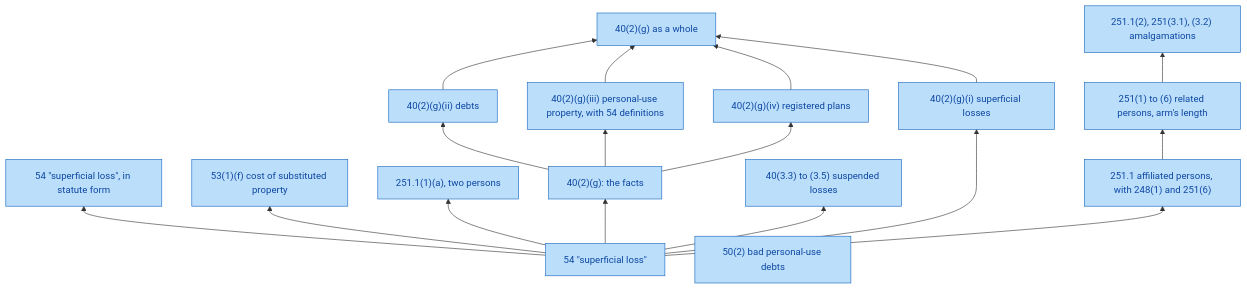
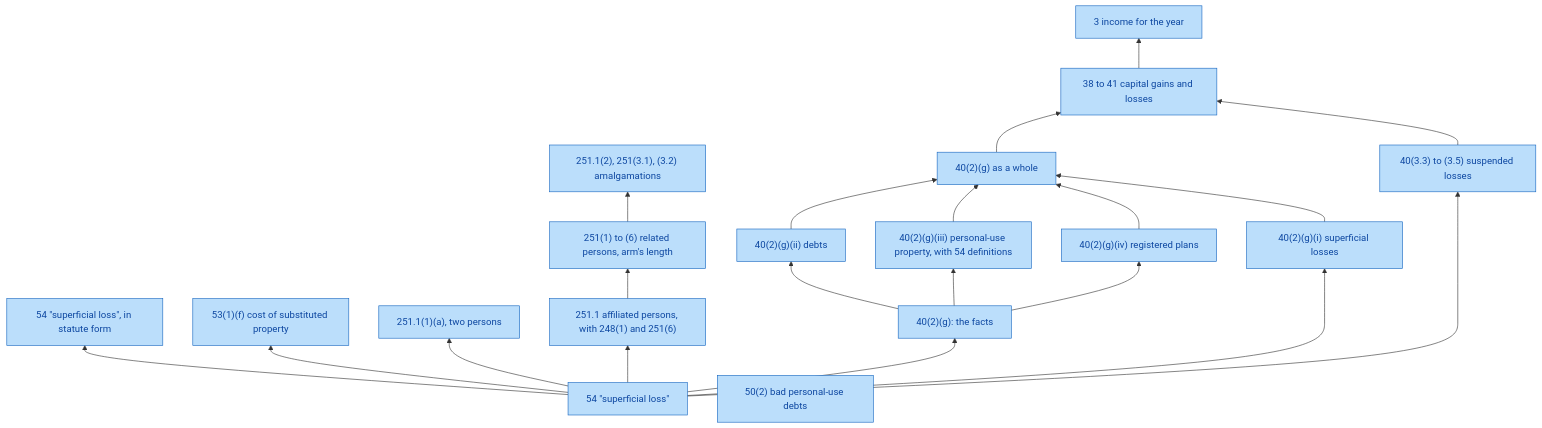
One commit to SeanWMurray/Canteen changed the diagram in docs/graphs/provisions.md. Above: the diagram before and after it, drawn with Mermaid. The commit also changed 17 other files, not shown here.

First line of the commit message:
Encode the capital gains computation: 40(1), 39(1), 38, 41 and section 3

````diff
--- a/docs/graphs/provisions.md
+++ b/docs/graphs/provisions.md
@@ -7,35 +7,40 @@
 ```mermaid
 flowchart BT
   v0["54 #quot;superficial loss#quot;"]:::prov
   v1["40(2)(g)(i) superficial losses"]:::prov
   v2["54 #quot;superficial loss#quot;, in statute form"]:::prov
   v3["53(1)(f) cost of substituted property"]:::prov
   v4["251.1(1)(a), two persons"]:::prov
   v5["251.1 affiliated persons, with 248(1) and 251(6)"]:::prov
   v6["251(1) to (6) related persons, arm's length"]:::prov
   v7["251.1(2), 251(3.1), (3.2) amalgamations"]:::prov
-  v8["50(2) bad personal-use debts"]:::prov
-  v9["40(3.3) to (3.5) suspended losses"]:::prov
-  v10["40(2)(g): the facts"]:::prov
-  v11["40(2)(g)(ii) debts"]:::prov
-  v12["40(2)(g)(iii) personal-use property, with 54 definitions"]:::prov
-  v13["40(2)(g)(iv) registered plans"]:::prov
-  v14["40(2)(g) as a whole"]:::prov
+  v8["40(2)(g): the facts"]:::prov
+  v9["40(2)(g)(ii) debts"]:::prov
+  v10["40(2)(g)(iii) personal-use property, with 54 definitions"]:::prov
+  v11["40(2)(g)(iv) registered plans"]:::prov
+  v12["40(2)(g) as a whole"]:::prov
+  v13["40(3.3) to (3.5) suspended losses"]:::prov
+  v14["38 to 41 capital gains and losses"]:::prov
+  v15["3 income for the year"]:::prov
+  v16["50(2) bad personal-use debts"]:::prov
   v0 --> v1
   v0 --> v2
   v0 --> v3
   v0 --> v4
   v0 --> v5
   v5 --> v6
   v6 --> v7
-  v0 --> v9
-  v0 --> v10
-  v10 --> v11
+  v0 --> v8
+  v8 --> v9
+  v8 --> v10
+  v8 --> v11
+  v9 --> v12
   v10 --> v12
-  v10 --> v13
-  v11 --> v14
+  v11 --> v12
+  v1 --> v12
+  v0 --> v13
   v12 --> v14
   v13 --> v14
-  v1 --> v14
+  v14 --> v15
   classDef prov fill:#bbdefb,stroke:#1565c0,color:#0d47a1
 ```
````
